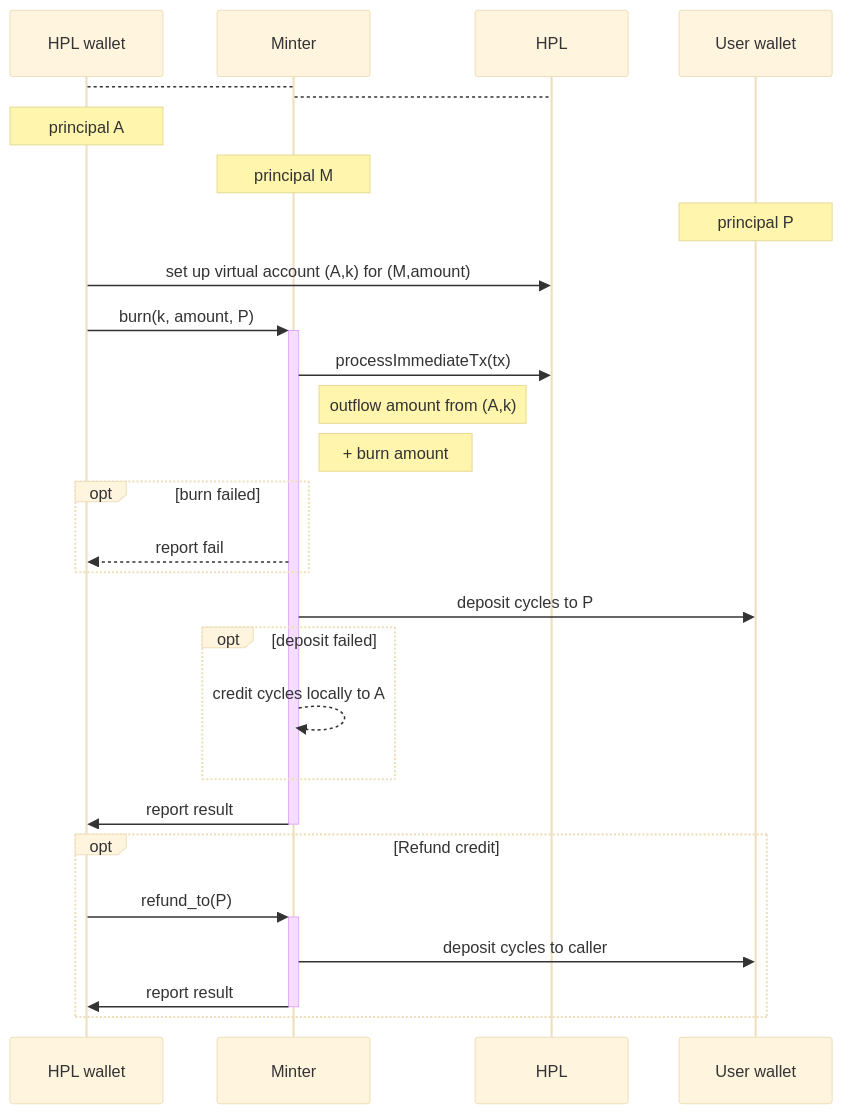
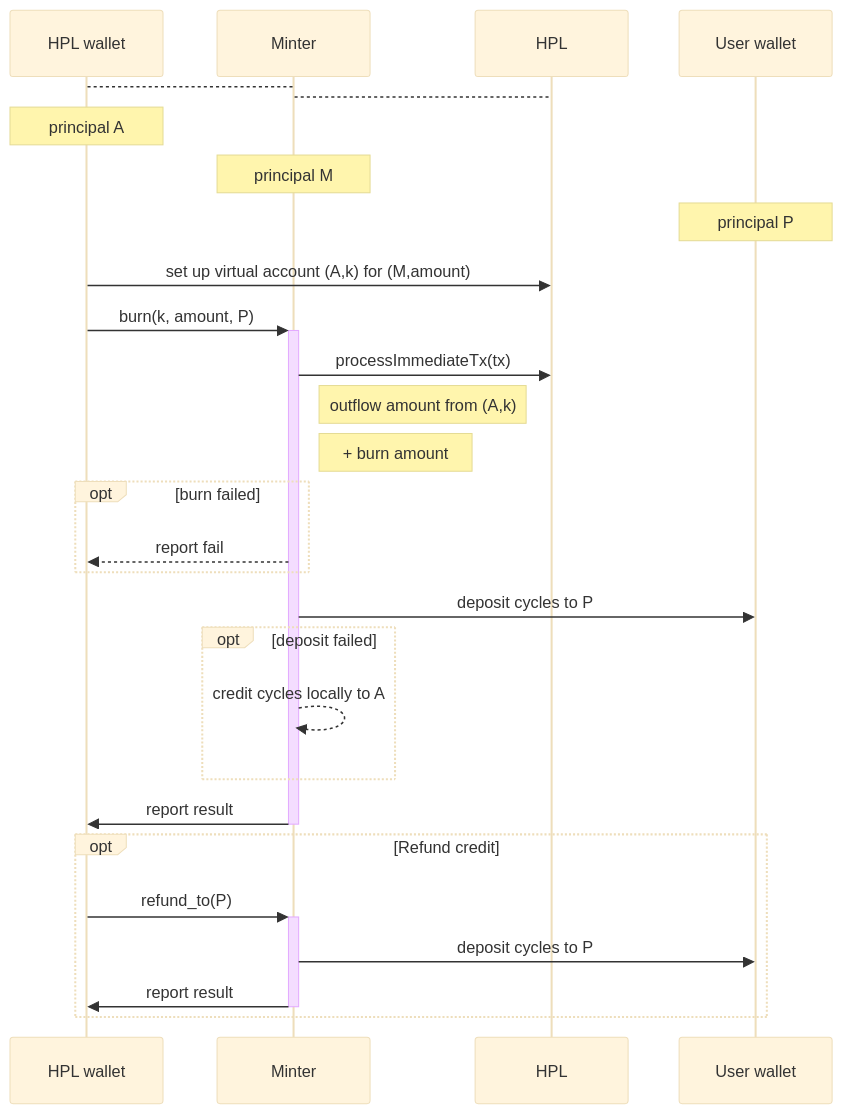
The second of 2 diagrams in docs/cycle_minter.md (research-ag/hpl), drawn with Mermaid (base theme) before and after one commit.

Commit message:
Fix typo in cycle minter diagram

````diff
--- a/docs/cycle_minter.md
+++ b/docs/cycle_minter.md
@@ -37,26 +37,26 @@
 ```mermaid
 sequenceDiagram
 HPL wallet-->Minter: 
 Minter-->HPL: 
 Note over HPL wallet: principal A
 Note over Minter: principal M
 Note over User wallet: principal P
 HPL wallet->>HPL: set up virtual account (A,k) for (M,amount)
 HPL wallet->>+Minter: burn(k, amount, P)
 Minter->>HPL: processImmediateTx(tx)
 Note right of Minter: outflow amount from (A,k)
 Note right of Minter: + burn amount
 opt burn failed
   Minter-->>HPL wallet: report fail
 end
 Minter->>User wallet: deposit cycles to P
 opt deposit failed
   Minter-->>Minter: credit cycles locally to A
 end
 Minter->>-HPL wallet: report result
 opt Refund credit
   HPL wallet->>+Minter: refund_to(P)
-  Minter->>User wallet: deposit cycles to caller
+  Minter->>User wallet: deposit cycles to P
   Minter->>-HPL wallet: report result
 end
 ```
````
